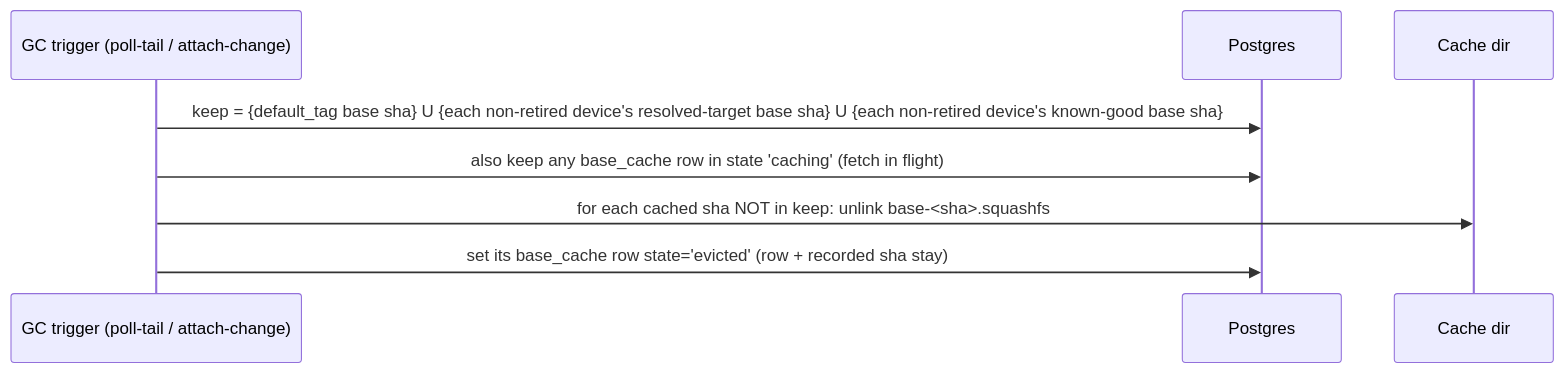
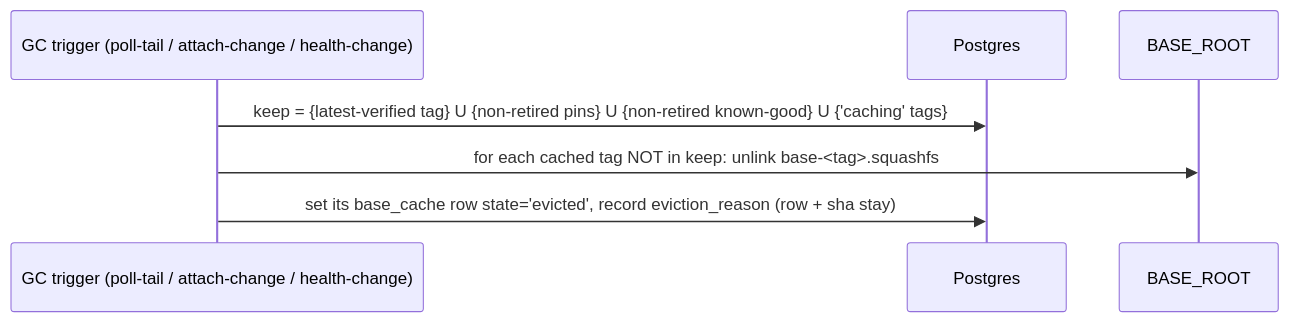
The seventh of 9 diagrams in docs/decisions/0012-netboot-base-auto-mirror.md (mcurcio/photo-wall), drawn with Mermaid before and after one commit. The commit also changed other lines of this file, not shown here.

First line of the commit message:
docs(netboot): revise 0012 to per-device latest-verified model

````diff
--- a/docs/decisions/0012-netboot-base-auto-mirror.md
+++ b/docs/decisions/0012-netboot-base-auto-mirror.md
@@ -435,10 +439,9 @@
 ```mermaid
 sequenceDiagram
-  participant Trg as GC trigger (poll-tail / attach-change)
+  participant Trg as GC trigger (poll-tail / attach-change / health-change)
   participant DB as Postgres
-  participant FS as Cache dir
-  Trg->>DB: keep = {default_tag base sha} U {each non-retired device's resolved-target base sha} U {each non-retired device's known-good base sha}
-  Trg->>DB: also keep any base_cache row in state 'caching' (fetch in flight)
-  Trg->>FS: for each cached sha NOT in keep: unlink base-<sha>.squashfs
-  Trg->>DB: set its base_cache row state='evicted' (row + recorded sha stay)
+  participant FS as BASE_ROOT
+  Trg->>DB: keep = {latest-verified tag} U {non-retired pins} U {non-retired known-good} U {'caching' tags}
+  Trg->>FS: for each cached tag NOT in keep: unlink base-<tag>.squashfs
+  Trg->>DB: set its base_cache row state='evicted', record eviction_reason (row + sha stay)
 ```
````
